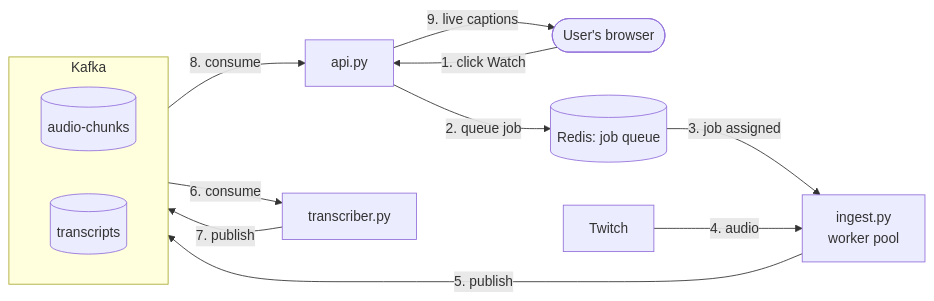
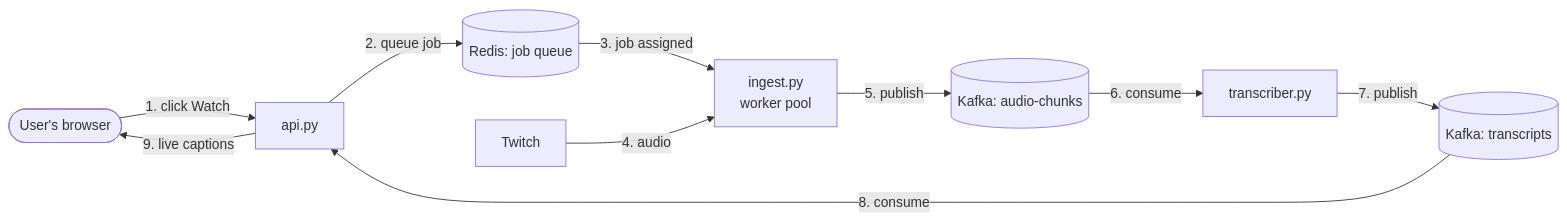
One commit to maximka76667/twitch-transcription changed the diagram in README.md. Above: the diagram before and after it, drawn with Mermaid.

Commit message:
docs: improve diagram

````diff
--- a/README.md
+++ b/README.md
@@ -16,25 +16,22 @@
 ```mermaid
 flowchart LR
     USER(["User's browser"])
     API["api.py"]
     REDISQ[("Redis: job queue")]
     ING["ingest.py<br/>worker pool"]
     TWITCH["Twitch"]
     TRX["transcriber.py"]
 
-    subgraph KAFKA [Kafka]
-        direction LR
-        T1[("audio-chunks")]
-        T2[("transcripts")]
-    end
+    T1[("Kafka: audio-chunks")]
+    T2[("Kafka: transcripts")]
 
     USER -- "1. click Watch" --> API
     API -- "2. queue job" --> REDISQ
     REDISQ -- "3. job assigned" --> ING
     TWITCH -- "4. audio" --> ING
     ING -- "5. publish" --> T1
     T1 -- "6. consume" --> TRX
     TRX -- "7. publish" --> T2
     T2 -- "8. consume" --> API
     API -- "9. live captions" --> USER
 ```
````
